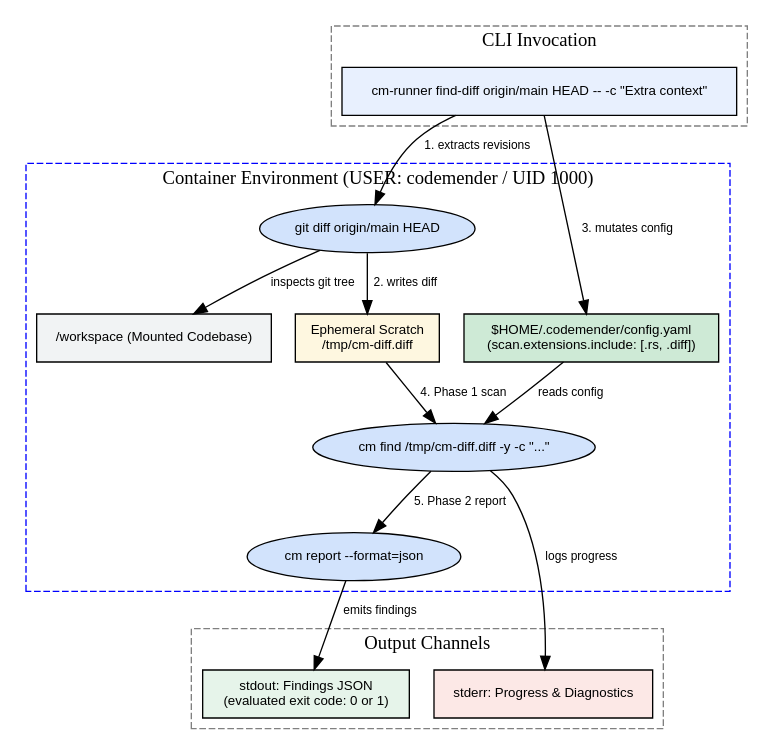
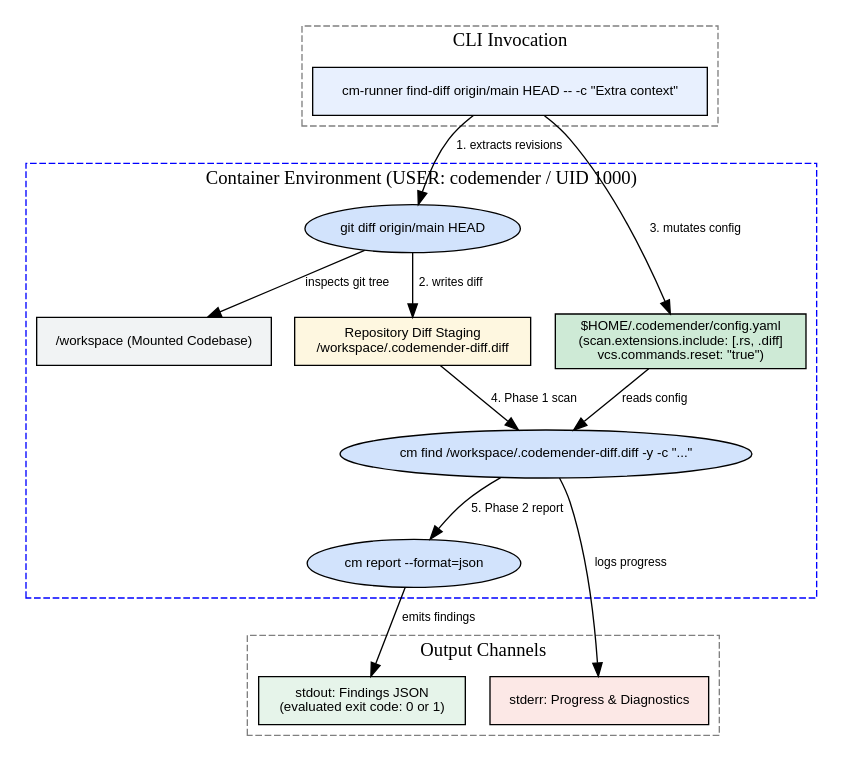
The second of 2 diagrams in adrs/ADR-0007.md (cledoux/cm-connect), drawn with Graphviz before and after one commit. The commit also changed other lines of this file and 2 other files, not shown here.

First line of the commit message:
docs(spec): anchor find-diff in repository root with disabled VCS reset

````diff
--- a/adrs/ADR-0007.md
+++ b/adrs/ADR-0007.md
@@ -225,46 +245,46 @@
 ```dot
 digraph FindDiffArchitecture {
   rankdir=TB;
   node [shape=box, fontname="Helvetica", fontsize=10];
   edge [fontname="Helvetica", fontsize=9];
 
   subgraph cluster_cli {
     label="CLI Invocation";
     style=dashed;
     color=gray;
     Cmd [label="cm-runner find-diff origin/main HEAD -- -c \"Extra context\"", style=filled, fillcolor="#e8f0fe"];
   }
 
   subgraph cluster_container {
     label="Container Environment (USER: codemender / UID 1000)";
     style=dashed;
     color=blue;
 
     Workspace [label="/workspace (Mounted Codebase)", style=filled, fillcolor="#f1f3f4"];
-    ScratchDiff [label="Ephemeral Scratch\n/tmp/cm-diff.diff", style=filled, fillcolor="#fef7e0"];
-    ConfigYAML [label="$HOME/.codemender/config.yaml\n(scan.extensions.include: [.rs, .diff])", style=filled, fillcolor="#ceead6"];
+    WorkspaceDiff [label="Repository Diff Staging\n/workspace/.codemender-diff.diff", style=filled, fillcolor="#fef7e0"];
+    ConfigYAML [label="$HOME/.codemender/config.yaml\n(scan.extensions.include: [.rs, .diff]\nvcs.commands.reset: \"true\")", style=filled, fillcolor="#ceead6"];
     
     GitProc [label="git diff origin/main HEAD", shape=ellipse, style=filled, fillcolor="#d2e3fc"];
-    FindProc [label="cm find /tmp/cm-diff.diff -y -c \"...\"", shape=ellipse, style=filled, fillcolor="#d2e3fc"];
+    FindProc [label="cm find /workspace/.codemender-diff.diff -y -c \"...\"", shape=ellipse, style=filled, fillcolor="#d2e3fc"];
     ReportProc [label="cm report --format=json", shape=ellipse, style=filled, fillcolor="#d2e3fc"];
   }
 
   subgraph cluster_outputs {
     label="Output Channels";
     style=dashed;
     color=gray;
     StdoutJSON [label="stdout: Findings JSON\n(evaluated exit code: 0 or 1)", style=filled, fillcolor="#e6f4ea"];
     StderrLogs [label="stderr: Progress & Diagnostics", style=filled, fillcolor="#fce8e6"];
   }
 
   Cmd -> GitProc [label="1. extracts revisions"];
   GitProc -> Workspace [label="inspects git tree"];
-  GitProc -> ScratchDiff [label="2. writes diff"];
+  GitProc -> WorkspaceDiff [label="2. writes diff"];
   Cmd -> ConfigYAML [label="3. mutates config"];
-  ScratchDiff -> FindProc [label="4. Phase 1 scan"];
+  WorkspaceDiff -> FindProc [label="4. Phase 1 scan"];
   ConfigYAML -> FindProc [label="reads config"];
   FindProc -> StderrLogs [label="logs progress"];
   FindProc -> ReportProc [label="5. Phase 2 report"];
   ReportProc -> StdoutJSON [label="emits findings"];
 }
 ```
````
